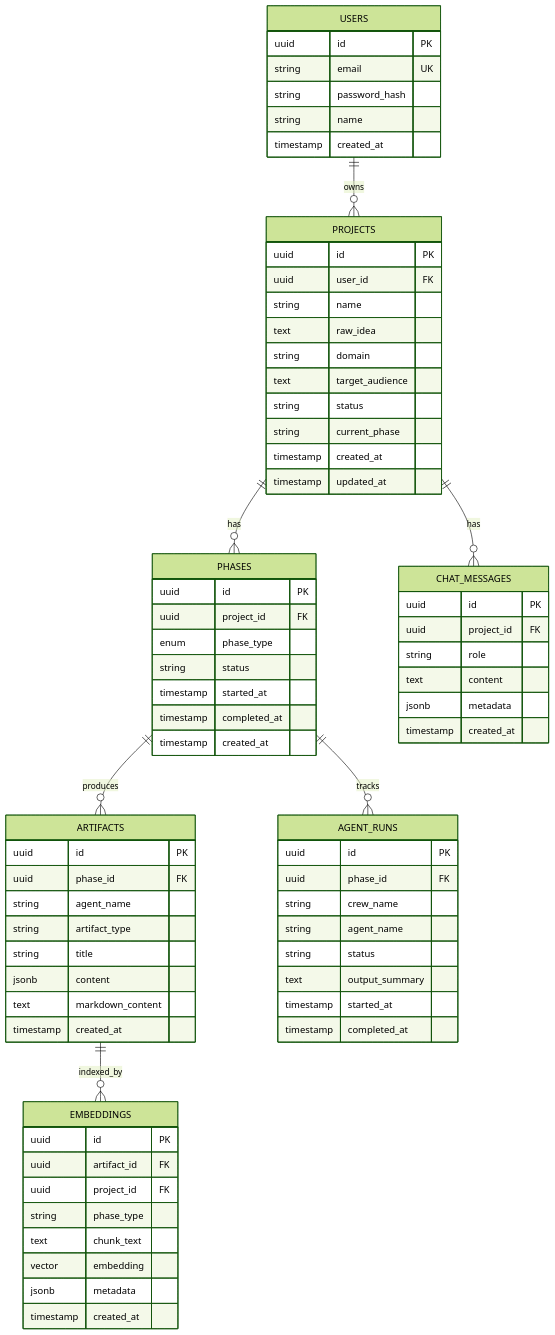
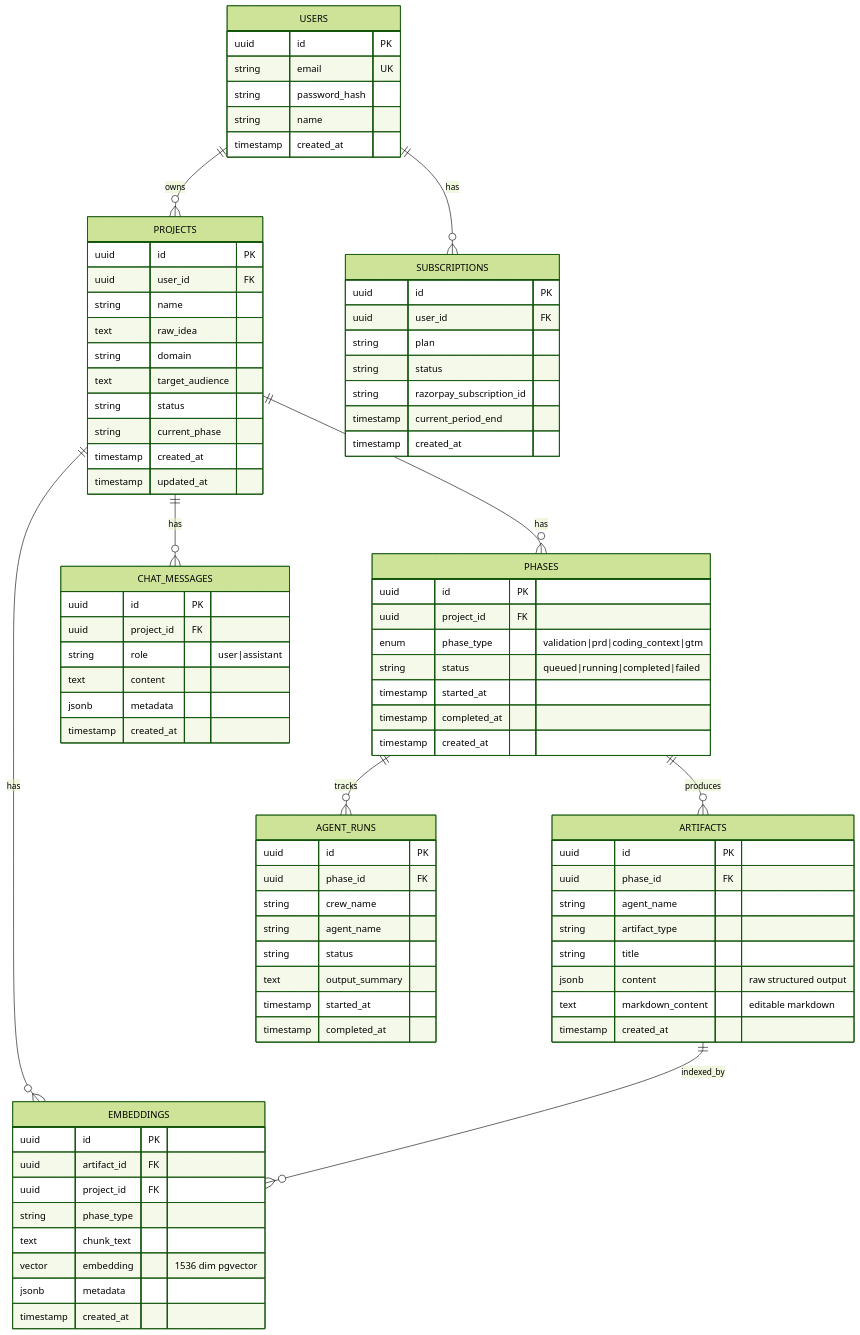
One commit to KushagraGitter/launchpadai changed the fifth of 7 diagrams in ARCHITECTURE.md. Above: the diagram before and after it, drawn with Mermaid (forest theme). The commit also changed other lines of this file and 130 other files, not shown here.

First line of the commit message:
Enhance architecture documentation and introduce agent-worker service

````diff
--- a/ARCHITECTURE.md
+++ b/ARCHITECTURE.md
@@ -249,8 +385,10 @@
 ```mermaid
 erDiagram
     USERS ||--o{ PROJECTS : owns
+    USERS ||--o{ SUBSCRIPTIONS : has
     PROJECTS ||--o{ PHASES : has
     PROJECTS ||--o{ CHAT_MESSAGES : has
+    PROJECTS ||--o{ EMBEDDINGS : has
     PHASES ||--o{ ARTIFACTS : produces
     PHASES ||--o{ AGENT_RUNS : tracks
     ARTIFACTS ||--o{ EMBEDDINGS : indexed_by
@@ -279,8 +417,8 @@
     PHASES {
         uuid id PK
         uuid project_id FK
-        enum phase_type
-        string status
+        enum phase_type "validation|prd|coding_context|gtm"
+        string status "queued|running|completed|failed"
         timestamp started_at
         timestamp completed_at
         timestamp created_at
@@ -292,8 +430,8 @@
         string agent_name
         string artifact_type
         string title
-        jsonb content
-        text markdown_content
+        jsonb content "raw structured output"
+        text markdown_content "editable markdown"
         timestamp created_at
     }
 
@@ -314,7 +452,7 @@
         uuid project_id FK
         string phase_type
         text chunk_text
-        vector embedding
+        vector embedding "1536 dim pgvector"
         jsonb metadata
         timestamp created_at
     }
@@ -322,9 +460,19 @@
     CHAT_MESSAGES {
         uuid id PK
         uuid project_id FK
-        string role
+        string role "user|assistant"
         text content
         jsonb metadata
         timestamp created_at
     }
+
+    SUBSCRIPTIONS {
+        uuid id PK
+        uuid user_id FK
+        string plan
+        string status
+        string razorpay_subscription_id
+        timestamp current_period_end
+        timestamp created_at
+    }
 ```
````
